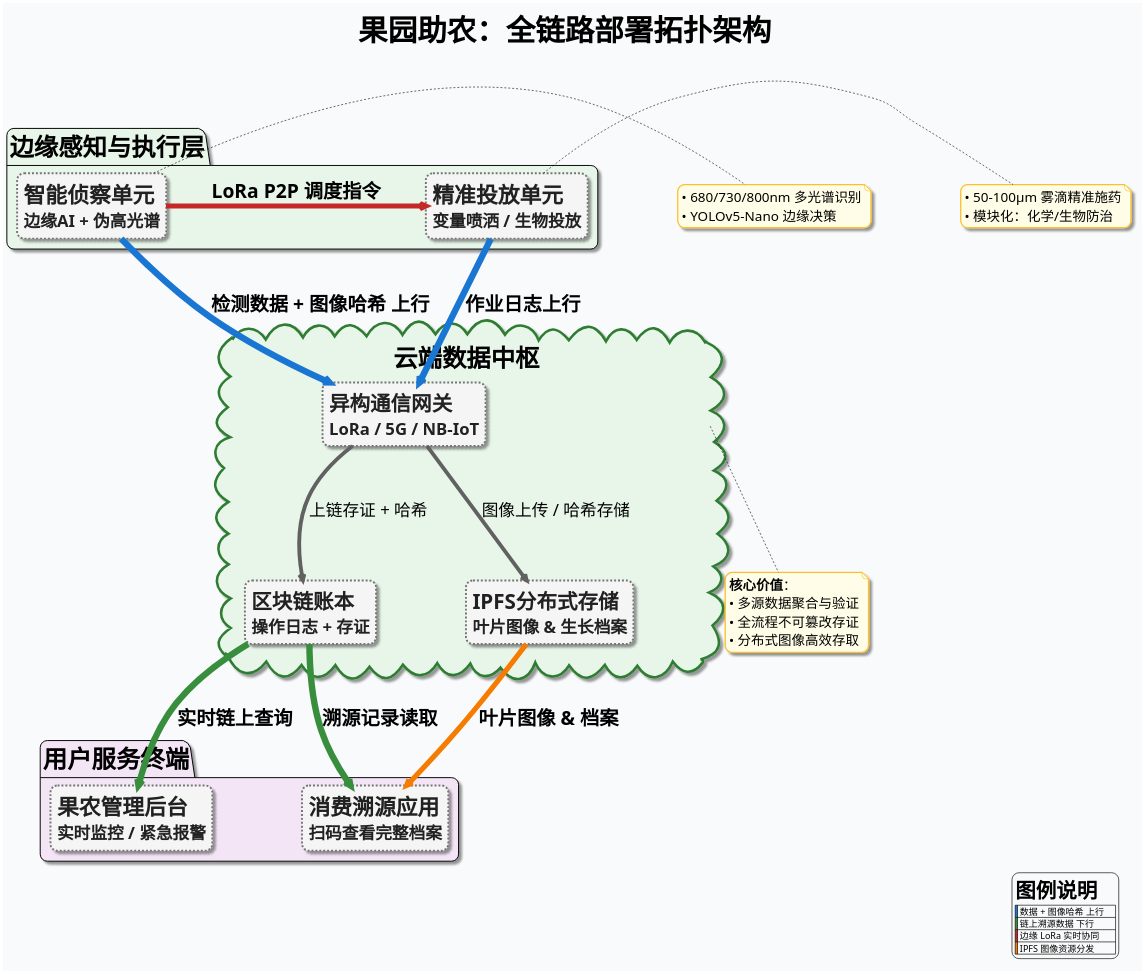
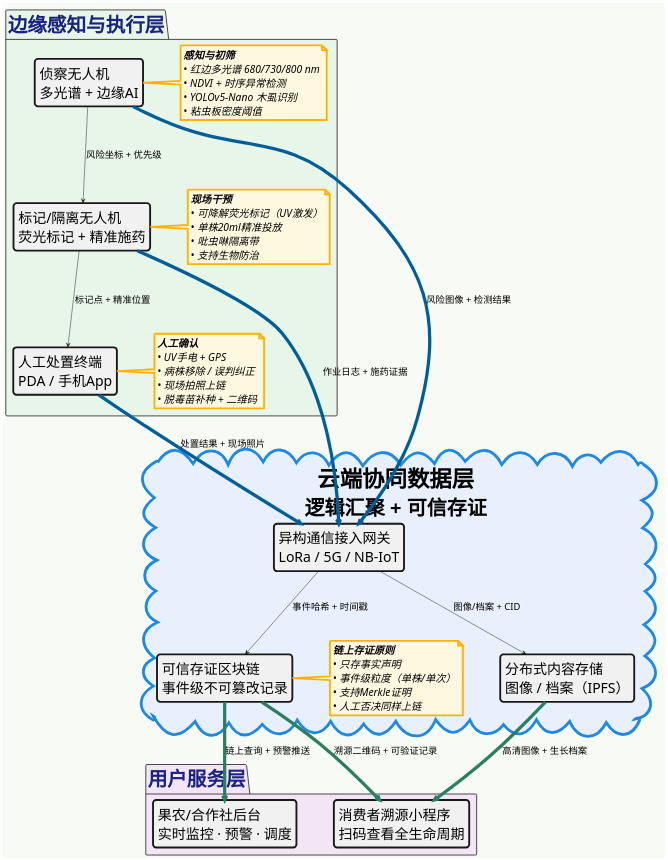
The diagram in pic_code/拓扑图.puml (sukasukasuka123/SCHOOL_PROJECT_assistance_for_farmer), drawn with PlantUML before and after one commit.

Commit message:
Refine topology diagram for Citrus HLB traceability

```diff
--- a/pic_code/拓扑图.puml
+++ b/pic_code/拓扑图.puml
@@ -1,119 +1,134 @@
-@startuml
-title <size:46><b>果园助农：全链路部署拓扑架构</b></size>
+@startuml CitrusHLB_Traceability_Architecture_Refined_v2
 
-skinparam dpi 220
-skinparam shadowing true
-skinparam RoundCorner 22
-skinparam defaultFontName "Microsoft YaHei"
-skinparam backgroundColor #F9FAFB
+hide stereotype
 
-skinparam nodesep 140
-skinparam ranksep 160
+top to bottom direction
+skinparam linetype curved
+skinparam backgroundColor #F8FAF5
+skinparam dpi 200
+skinparam shadowing false
+skinparam nodesep 80
+skinparam ranksep 120
 
-' 主组件字体统一加大
-skinparam rectangle {
-    FontSize 32
+' ================== 全局字体加大 ==================
+skinparam defaultFontSize 20
+skinparam dpi 160
+
+skinparam package {
+    FontSize 42
     FontStyle bold
+    FontColor #1A237E
 }
 
+skinparam rectangle {
+    FontSize 30
+    FontStyle plain
+    RoundCorner 14
+    BorderThickness 4
+}
+
+
 skinparam cloud {
-    FontSize 36
+    FontSize 46
     FontStyle bold
+    BackgroundColor #E8F0FE
+    BorderColor #1E88E5
+    BorderThickness 6
 }
 
 skinparam note {
-    FontSize 21
-    BackgroundColor #FFFDE7
-    BorderColor #FBC02D
-    BorderThickness 2
-    RoundCorner 16
+    FontSize 22
+    FontStyle italic
+    BackgroundColor #FFF8E1
+    BorderColor #FFB300
+    BorderThickness 4
+    RoundCorner 18
 }
 
-' 实体（物理设备）
-skinparam rectangle {
-    BackgroundColor #1E88E5
-    FontColor white
-    BorderColor #0D47A1
-    BorderThickness 4
+' ================== 设备层高辨识配色 ==================
+skinparam rectangle<<device>> {
+    BackgroundColor #0288D1
+    FontColor #FFFFFF
+    BorderColor #01579B
+    BorderThickness 5.5
 }
 
-' 虚拟服务
-skinparam rectangle {
-    BackgroundColor #F5F5F5
-    BorderColor #757575
+skinparam rectangle<<cloudservice>> {
+    BackgroundColor #F5F7FA
+    FontColor #263238
+    BorderColor #455A64
     BorderStyle dashed
-    BorderThickness 3
-    FontColor #212121
+    BorderThickness 5
 }
 
-skinparam cloud {
-    BackgroundColor #E8F5E9
-    BorderColor #2E7D32
-    BorderThickness 4
+' ================== 边缘感知与执行层 ==================
+package "边缘感知与执行层" #E8F5E9 {
+
+    rectangle "侦察无人机\n多光谱 + 边缘AI" as Scout
+    rectangle "标记/隔离无人机\n荧光标记 + 精准施药" as Deploy
+    rectangle "人工处置终端\nPDA / 手机App" as FarmerTool
+
+    Scout   --> Deploy     : 风险坐标 + 优先级
+    Deploy  --> FarmerTool : 标记点 + 精准位置
+
+    note right of Scout
+        <b>感知与初筛</b>
+        • 红边多光谱 680/730/800 nm
+        • NDVI + 时序异常检测
+        • YOLOv5-Nano 木虱识别
+        • 粘虫板密度阈值
+    end note
+
+    note right of Deploy
+        <b>现场干预</b>
+        • 可降解荧光标记（UV激发）
+        • 单株20ml精准投放
+        • 吡虫啉隔离带
+        • 支持生物防治
+    end note
+
+    note right of FarmerTool
+        <b>人工确认</b>
+        • UV手电 + GPS
+        • 病株移除 / 误判纠正
+        • 现场拍照上链
+        • 脱毒苗补种 + 二维码
+    end note
 }
 
-' ====================== 三层布局 ======================
+' ================== 云端协同数据层 ==================
+cloud "<size:48><b>云端协同数据层</b></size>\n<sub>逻辑汇聚 + 可信存证</sub>" as CloudHub {
 
-package "<size:38><b>边缘感知与执行层</b></size>" #E8F5E9 {
-    rectangle "<size:34><b>智能侦察单元</b></size>\n<size:26>边缘AI + 伪高光谱</size>" as Scout
-    
-    rectangle "<size:34><b>精准投放单元</b></size>\n<size:26>变量喷洒 / 生物投放</size>" as Deploy
+    rectangle "异构通信接入网关\nLoRa / 5G / NB-IoT" as Gateway
+    rectangle "可信存证区块链\n事件级不可篡改记录" as BC
+    rectangle "分布式内容存储\n图像 / 档案（IPFS）" as IPFS
+
+    Gateway --> BC   : 事件哈希 + 时间戳
+    Gateway --> IPFS : 图像/档案 + CID
+
+    note left of BC
+        <b>链上存证原则</b>
+        • 只存事实声明
+        • 事件级粒度（单株/单次）
+        • 支持Merkle证明
+        • 人工否决同样上链
+    end note
 }
 
-Scout -[#C62828,thickness=8]right-> Deploy : <size:30><b>LoRa P2P 调度指令</b></size>
+' ================== 用户服务层 ==================
+package "用户服务层" #F3E5F5 {
 
-note right of Scout
-  • 680/730/800nm 多光谱识别
-  • YOLOv5-Nano 边缘决策
-end note
-
-note right of Deploy
-  • 50-100μm 雾滴精准施药
-  • 模块化：化学/生物防治
-end note
-
-' --------------------- 云中枢 ---------------------
-cloud "<size:38><b>云端数据中枢</b></size>" as Cloud {
-    rectangle "<size:32><b>异构通信网关</b></size>\n<size:26>LoRa / 5G / NB-IoT</size>" as Gateway
-    
-    together {
-        rectangle "<size:32><b>区块链账本</b></size>\n<size:26>操作日志 + 存证</size>" as BC
-        rectangle "<size:32><b>IPFS分布式存储</b></size>\n<size:26>叶片图像 & 生长档案</size>" as IPFS
-    }
+    rectangle "果农/合作社后台\n实时监控 · 预警 · 调度" as AppB
+    rectangle "消费者溯源小程序\n扫码查看全生命周期" as AppC
 }
 
-Gateway -[#616161,thickness=6]-> BC   : <size:26>上链存证 + 哈希</size>
-Gateway -[#616161,thickness=6]-> IPFS  : <size:26>图像上传 / 哈希存储</size>
+' ================== 主要数据流（更粗、更鲜艳） ==================
+Scout      -[#005F99,thickness=7]-> Gateway : 风险图像 + 检测结果
+Deploy     -[#005F99,thickness=7]-> Gateway : 作业日志 + 施药证据
+FarmerTool -[#005F99,thickness=7]-> Gateway : 处置结果 + 现场照片
 
-note bottom of Cloud
-  <b>核心价值</b>：
-  • 多源数据聚合与验证
-  • 全流程不可篡改存证
-  • 分布式图像高效存取
-end note
+BC   -[#2A7F62,thickness=7]-> AppB : 链上查询 + 预警推送
+BC   -[#2A7F62,thickness=7]-> AppC : 溯源二维码 + 可验证记录
+IPFS -[#2A7F62,thickness=7]-> AppC : 高清图像 + 生长档案
 
-' --------------------- 用户服务层 ---------------------
-package "<size:38><b>用户服务终端</b></size>" #F3E5F5 {
-    rectangle "<size:34><b>果农管理后台</b></size>\n<size:26>实时监控 / 紧急报警</size>" as AppB
-    
-    rectangle "<size:34><b>消费溯源应用</b></size>\n<size:26>扫码查看完整档案</size>" as AppC
-}
-
-' ====================== 主要数据流 ======================
-
-Scout   -[#1976D2,thickness=10]down-> Gateway : <size:30><b>检测数据 + 图像哈希 上行</b></size>
-Deploy  -[#1976D2,thickness=10]down-> Gateway : <size:30><b>作业日志上行</b></size>
-
-BC    -[#388E3C,thickness=10]down-> AppB  : <size:30><b>实时链上查询</b></size>
-BC    -[#388E3C,thickness=10]down-> AppC  : <size:30><b>溯源记录读取</b></size>
-IPFS  -[#F57C00,thickness=8]down-> AppC  : <size:30><b>叶片图像 & 档案</b></size>
-
-' ====================== 图例 ======================
-legend right
-  <size:32><b>图例说明</b></size>
-  |<#1976D2>| 数据 + 图像哈希 上行     |
-  |<#388E3C>| 链上溯源数据 下行        |
-  |<#C62828>| 边缘 LoRa 实时协同       |
-  |<#F57C00>| IPFS 图像资源分发        |
-endlegend
 @enduml
```
